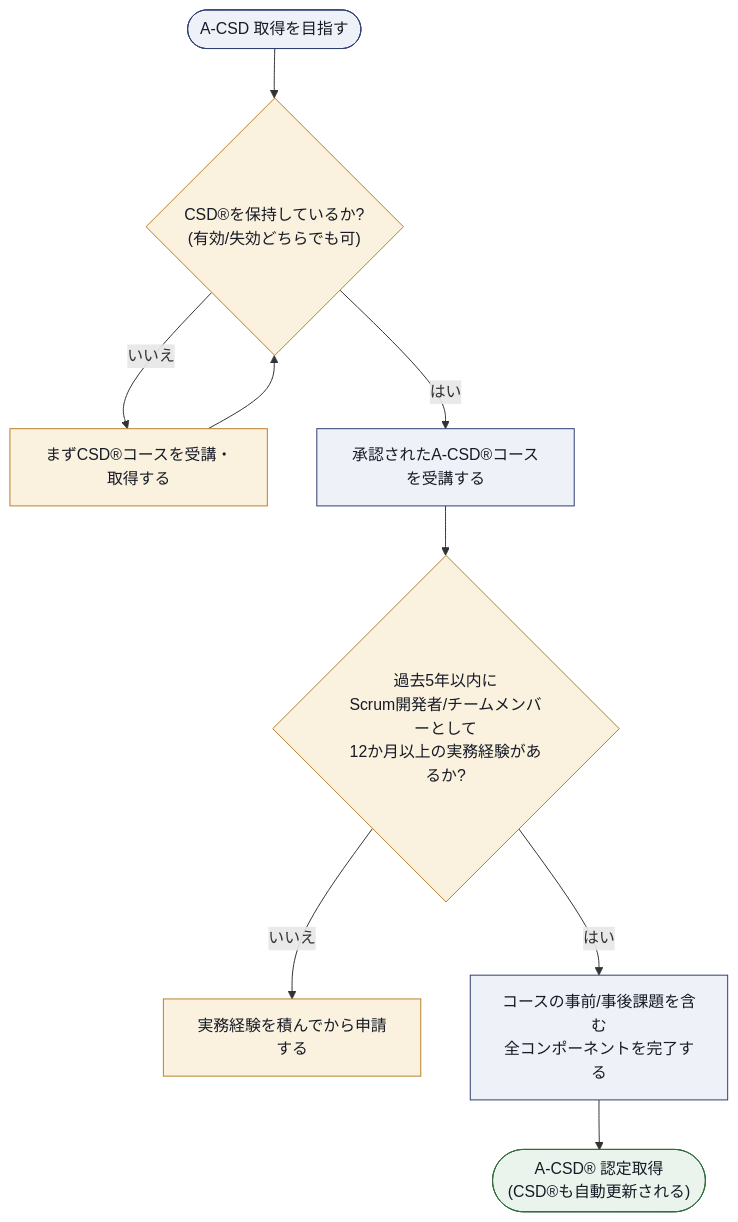
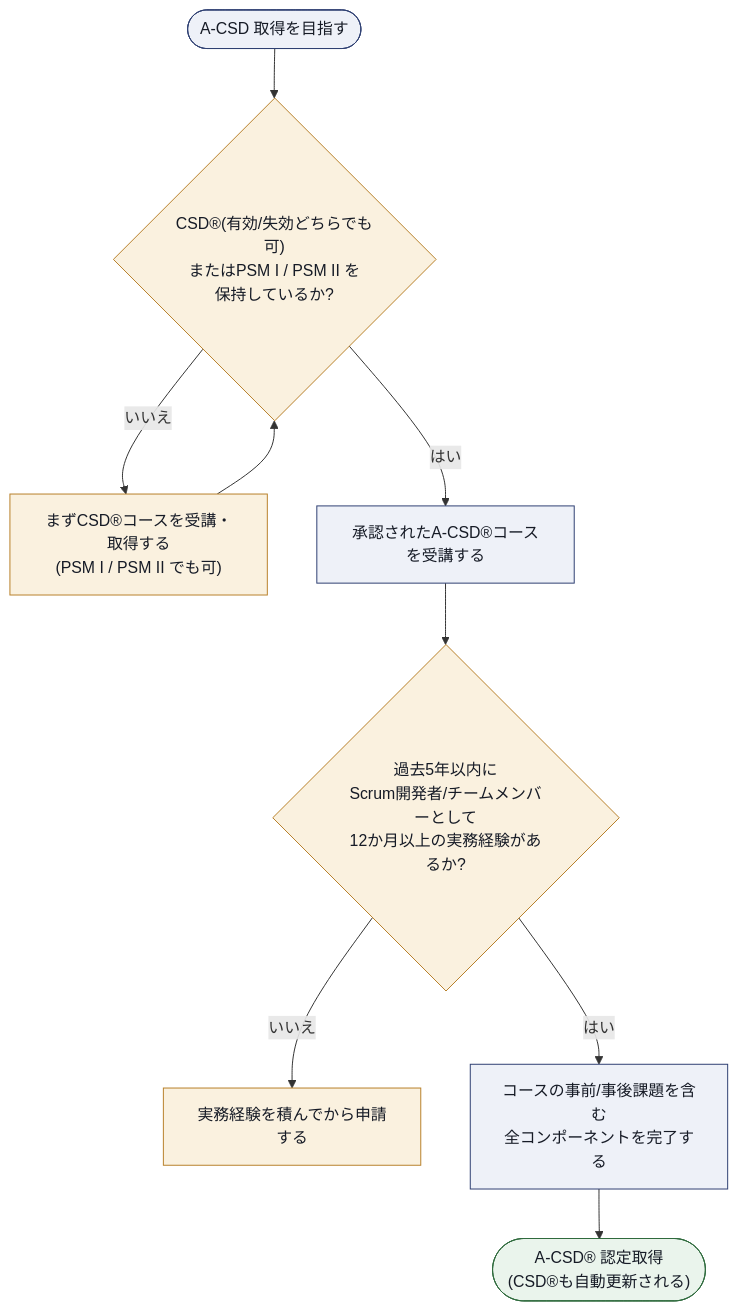
The second of 16 diagrams in A-csd-advanced-certified-scrum-developer-study-guide.md (myoshi2891/Management-Team-Building-Studies), drawn with Mermaid before and after one commit. The commit also changed other lines of this file and 1 other file, not shown here.

Commit message:
docs(scrum): update A-CSD prerequisites and CSD renewal rules across study guides

````diff
--- a/A-csd-advanced-certified-scrum-developer-study-guide.md
+++ b/A-csd-advanced-certified-scrum-developer-study-guide.md
@@ -94,18 +94,18 @@
 ```mermaid
 flowchart TD
-    S(["A-CSD 取得を目指す"]) --> R1{"CSD®を保持しているか?<br/>(有効/失効どちらでも可)"}
-    R1 -- いいえ --> G1["まずCSD®コースを受講・取得する"]
+    S(["A-CSD 取得を目指す"]) --> R1{"CSD®(有効/失効どちらでも可)<br/>またはPSM I / PSM II を<br/>保持しているか?"}
+    R1 -- いいえ --> G1["まずCSD®コースを受講・取得する<br/>(PSM I / PSM II でも可)"]
     G1 --> R1
     R1 -- はい --> R2["承認されたA-CSD®コースを受講する"]
     R2 --> R3{"過去5年以内に<br/>Scrum開発者/チームメンバーとして<br/>12か月以上の実務経験があるか?"}
     R3 -- いいえ --> G2["実務経験を積んでから申請する"]
     R3 -- はい --> R4["コースの事前/事後課題を含む<br/>全コンポーネントを完了する"]
     R4 --> DONE(["A-CSD® 認定取得<br/>(CSD®も自動更新される)"])
 
     classDef box fill:#EEF1F8,stroke:#2E3F72,color:#161B26
     classDef hub fill:#FAF1DF,stroke:#B8802A,color:#161B26
     classDef done fill:#EAF4EC,stroke:#2F6B3D,color:#161B26
     class S,R2,R4 box
     class R1,R3,G1,G2 hub
     class DONE done
 ```
````
